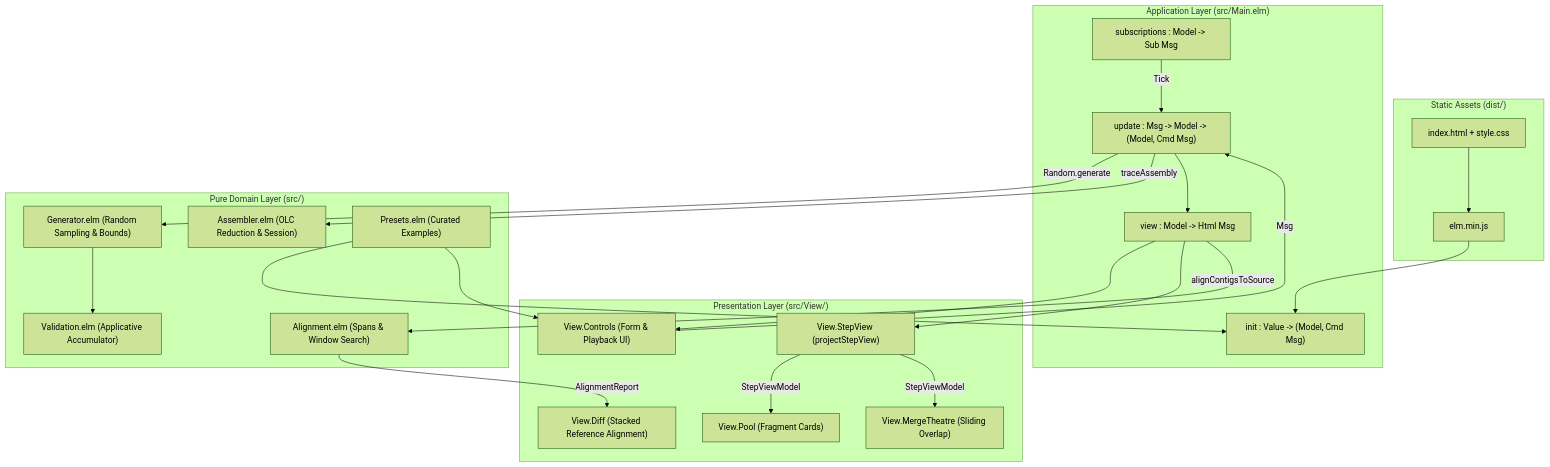
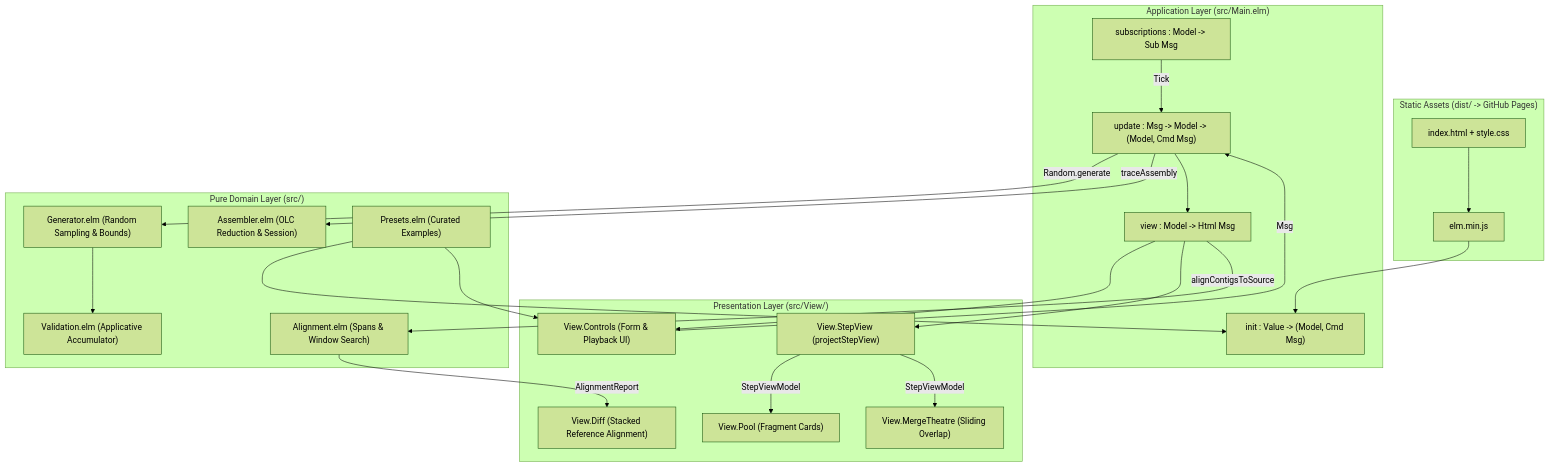
Before and after one commit to frankhjung/elm-reconstruct-strings: the first of 3 diagrams in docs/REQ-001-interactive-olc-assembler.md, drawn with Mermaid (forest theme). The commit also changed other lines of this file and 1 other file, not shown here.

Commit message:
docs: add GitHub Actions workflow for continuous deployment to GitHub Pages

````diff
--- a/docs/REQ-001-interactive-olc-assembler.md
+++ b/docs/REQ-001-interactive-olc-assembler.md
@@ -217,47 +219,47 @@
 ```mermaid
 flowchart TD
-    subgraph Host["Static Assets (dist/)"]
+    subgraph Host["Static Assets (dist/ -> GitHub Pages)"]
         HTML["index.html + style.css"]
         JS["elm.min.js"]
         HTML --> JS
     end
 
     subgraph TEA["Application Layer (src/Main.elm)"]
         INIT["init : Value -> (Model, Cmd Msg)"]
         UPDATE["update : Msg -> Model -> (Model, Cmd Msg)"]
         SUBS["subscriptions : Model -> Sub Msg"]
         VIEW["view : Model -> Html Msg"]
     end
 
     subgraph Views["Presentation Layer (src/View/)"]
         CONTROLS["View.Controls (Form & Playback UI)"]
         STEPVIEW["View.StepView (projectStepView)"]
         POOL["View.Pool (Fragment Cards)"]
         MERGE["View.MergeTheatre (Sliding Overlap)"]
         DIFF["View.Diff (Stacked Reference Alignment)"]
     end
 
     subgraph Domain["Pure Domain Layer (src/)"]
         ASM["Assembler.elm (OLC Reduction & Session)"]
         GEN["Generator.elm (Random Sampling & Bounds)"]
         ALIGN["Alignment.elm (Spans & Window Search)"]
         PRESETS["Presets.elm (Curated Examples)"]
         VAL["Validation.elm (Applicative Accumulator)"]
     end
 
     JS --> INIT
     CONTROLS -->|"Msg"| UPDATE
     SUBS -->|"Tick"| UPDATE
     UPDATE -->|"Random.generate"| GEN
     UPDATE -->|"traceAssembly"| ASM
     UPDATE --> VIEW
     VIEW --> CONTROLS
     VIEW --> STEPVIEW
     STEPVIEW -->|"StepViewModel"| POOL
     STEPVIEW -->|"StepViewModel"| MERGE
     VIEW -->|"alignContigsToSource"| ALIGN
     ALIGN -->|"AlignmentReport"| DIFF
     GEN --> VAL
     PRESETS --> INIT
     PRESETS --> CONTROLS
 ```
````
